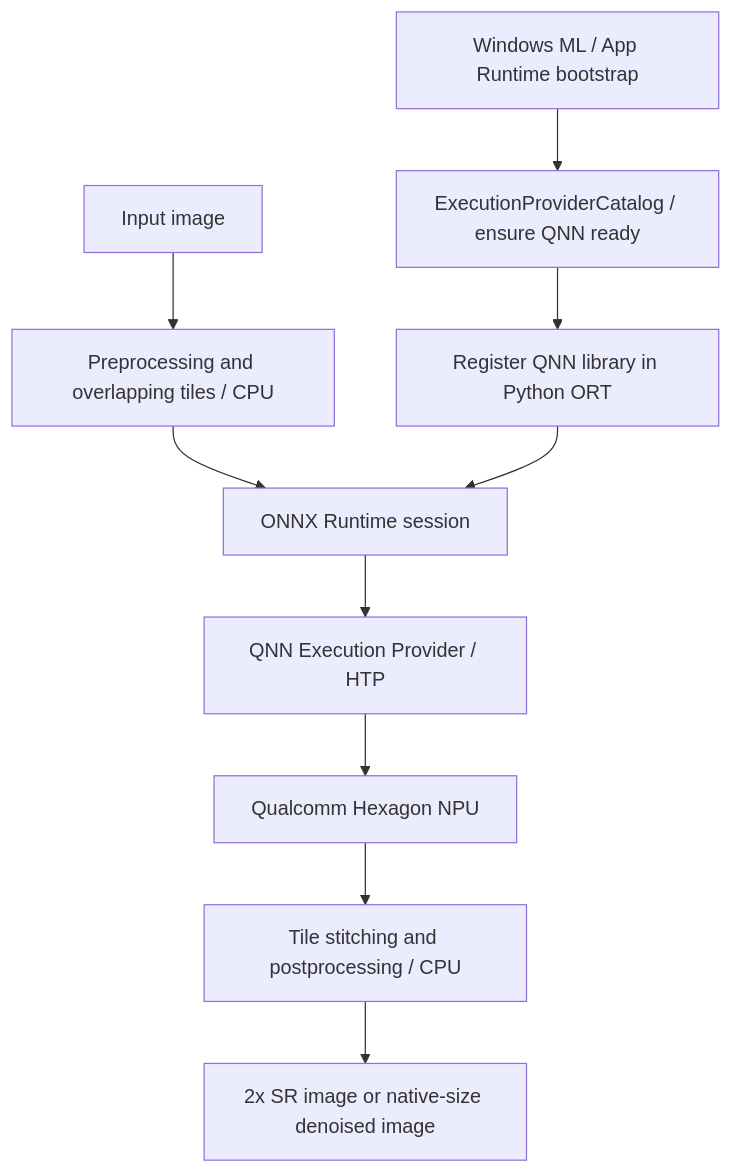
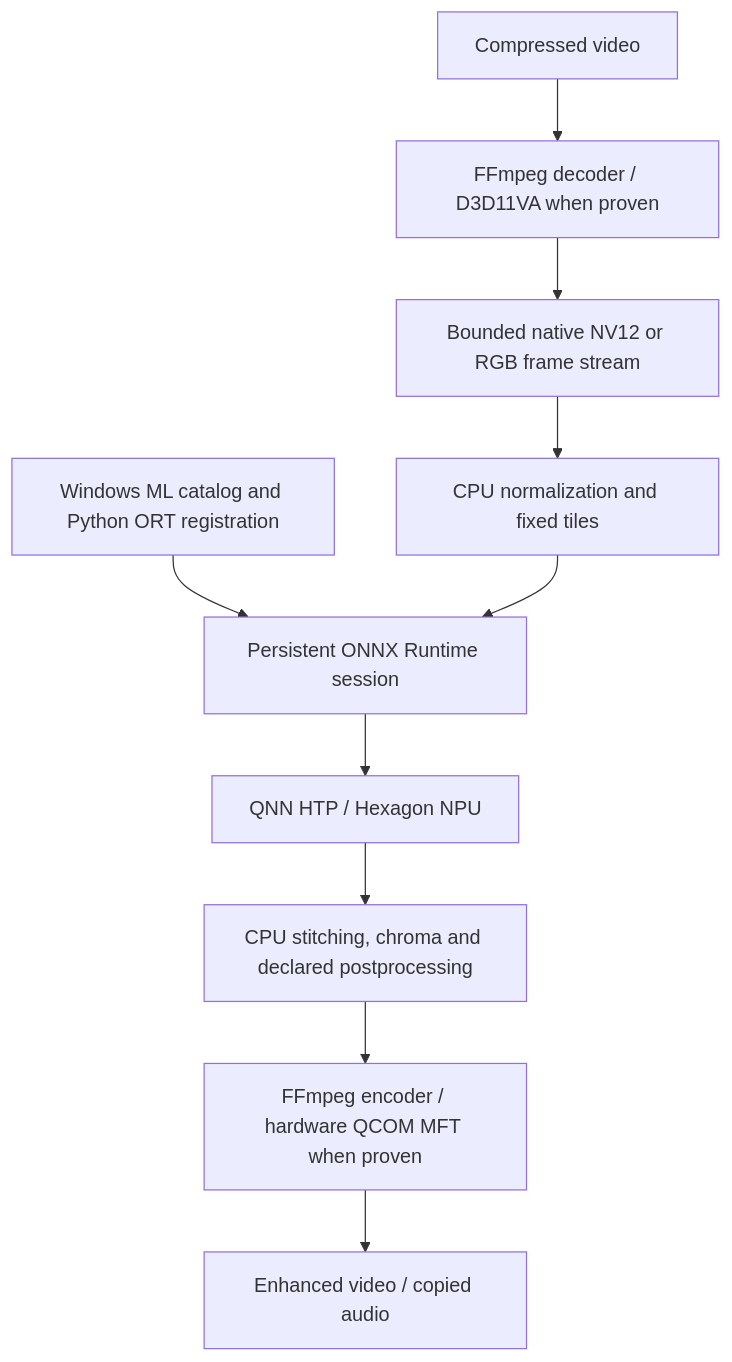
The diagram in README.md (AKMessi/npu-sr), drawn with Mermaid before and after one commit. The commit also changed other lines of this file and 20 other files, not shown here.

````diff
--- a/README.md
+++ b/README.md
@@ -195,12 +136,12 @@
 ```mermaid
 flowchart TD
-    I[Input image] --> P[Preprocessing and overlapping tiles / CPU]
-    P --> O[ONNX Runtime session]
-    W[Windows ML / App Runtime bootstrap] --> C[ExecutionProviderCatalog / ensure QNN ready]
-    C --> R[Register QNN library in Python ORT]
-    R --> O
-    O --> Q[QNN Execution Provider / HTP]
-    Q --> N[Qualcomm Hexagon NPU]
-    N --> S[Tile stitching and postprocessing / CPU]
-    S --> U[2x SR image or native-size denoised image]
+    V[Compressed video] --> D[FFmpeg decoder / D3D11VA when proven]
+    D --> P[Bounded native NV12 or RGB frame stream]
+    P --> T[CPU normalization and fixed tiles]
+    W[Windows ML catalog and Python ORT registration] --> O[Persistent ONNX Runtime session]
+    T --> O
+    O --> Q[QNN HTP / Hexagon NPU]
+    Q --> S[CPU stitching, chroma and declared postprocessing]
+    S --> E[FFmpeg encoder / hardware QCOM MFT when proven]
+    E --> U[Enhanced video / copied audio]
 ```
````
